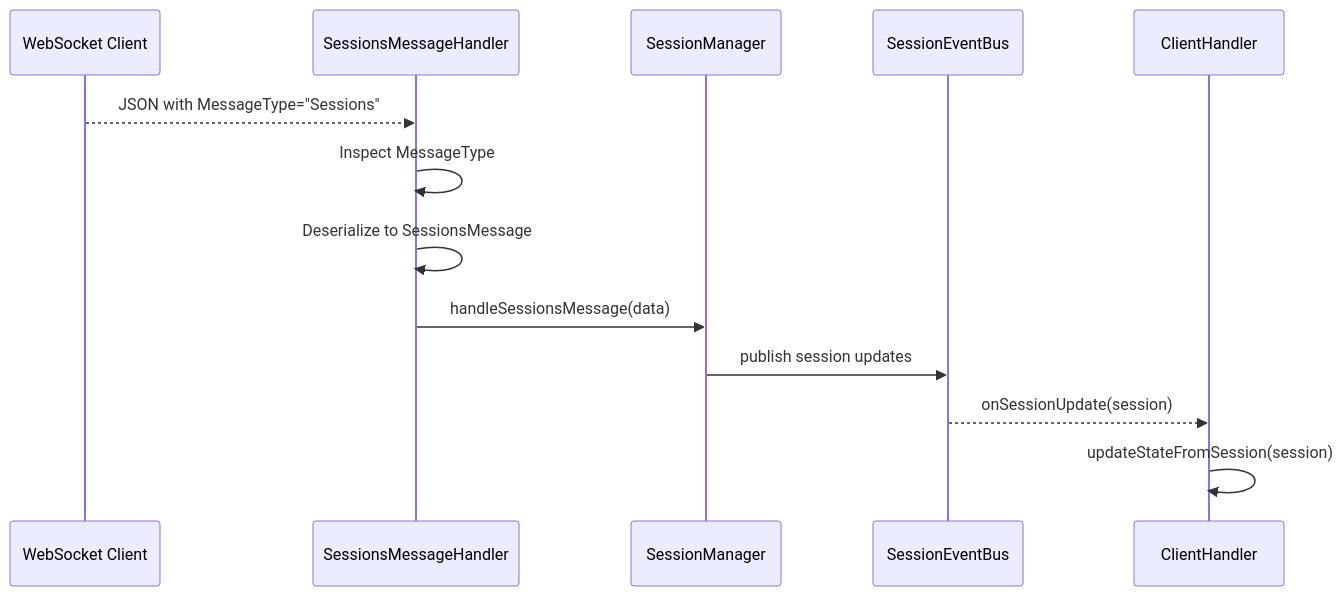
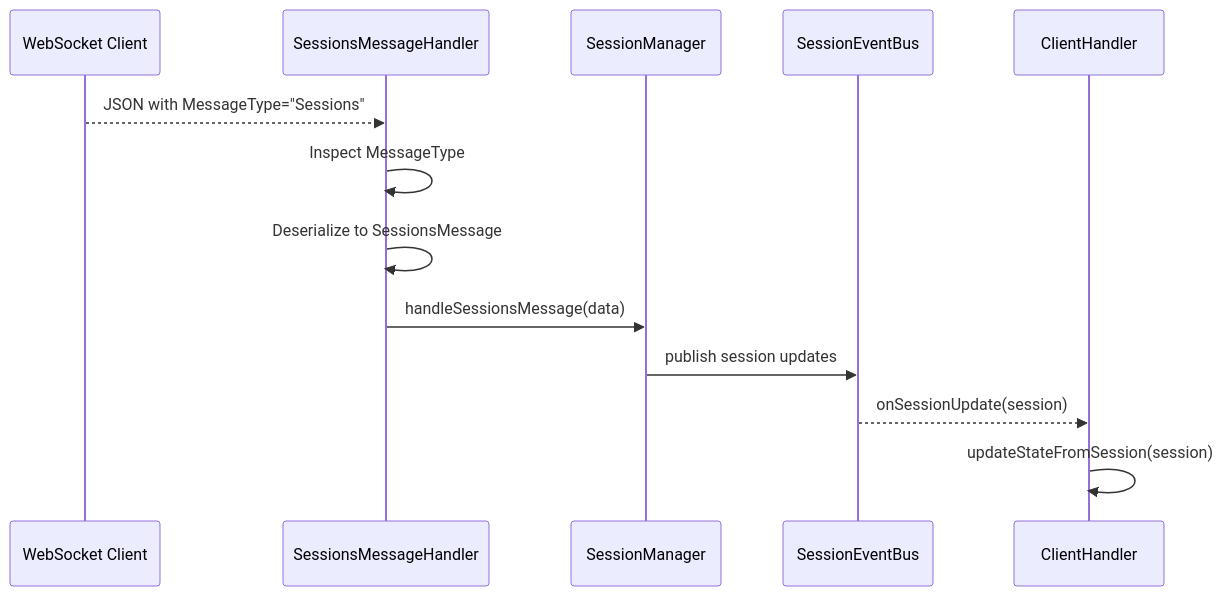
One commit to openhab/openhab-addons changed the diagram in bundles/org.openhab.binding.jellyfin/docs/architecture/websocket.md. Above: the diagram before and after it, drawn with Mermaid. The commit also changed 15 other files, not shown here.

Commit message:
chore(docs): update architecture documentation with Mermaid diagram enhancements and remove obsolete NOTICE file

````diff
--- a/bundles/org.openhab.binding.jellyfin/docs/architecture/websocket.md
+++ b/bundles/org.openhab.binding.jellyfin/docs/architecture/websocket.md
@@ -200,16 +200,17 @@
 ```mermaid
+%%{init: { 'themeVariables': { 'fontSize': '14px' }, 'sequence': { 'actorMargin': 20 } } }%%
 sequenceDiagram
   participant WS as WebSocket Client
   participant H as SessionsMessageHandler
   participant SM as SessionManager
   participant EB as SessionEventBus
   participant CH as ClientHandler
 
   WS-->>H: JSON with MessageType="Sessions"
   H->>H: Inspect MessageType
   H->>H: Deserialize to SessionsMessage
   H->>SM: handleSessionsMessage(data)
   SM->>EB: publish session updates
   EB-->>CH: onSessionUpdate(session)
   CH->>CH: updateStateFromSession(session)
 ```
````
